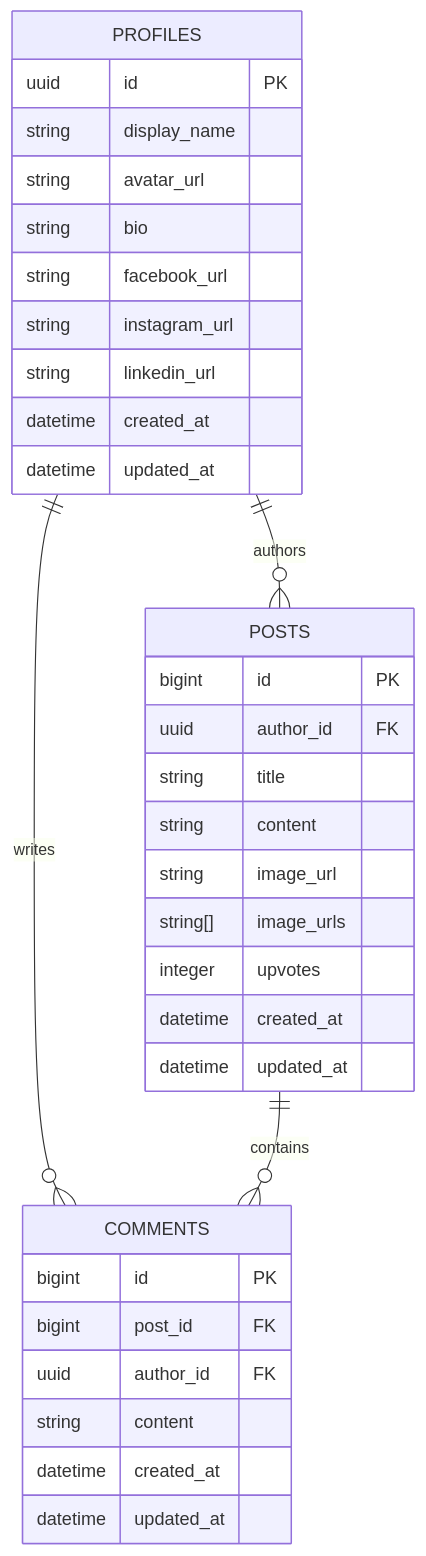
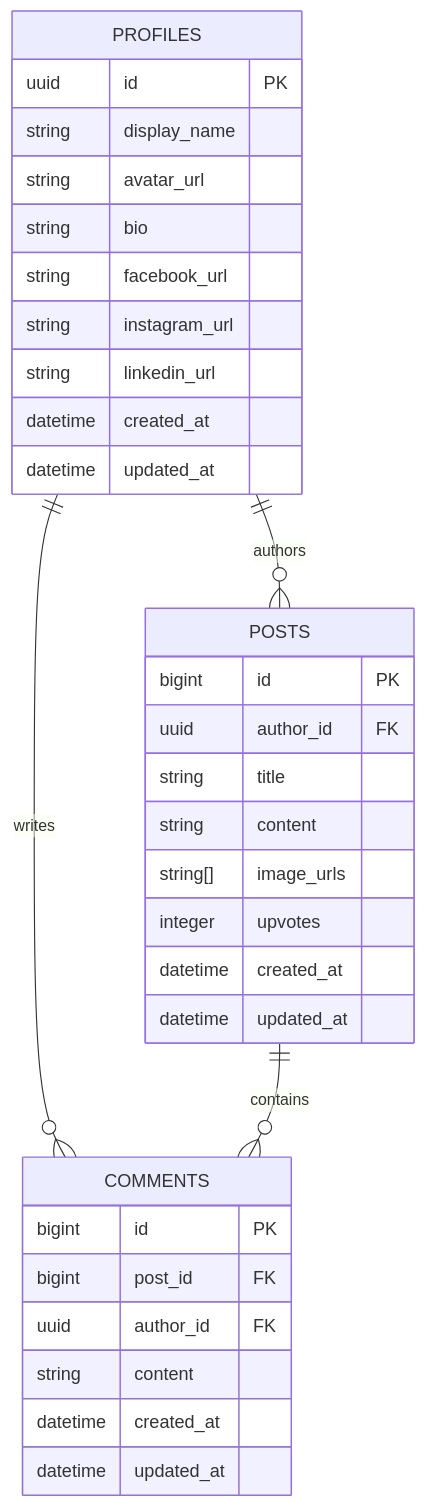
One commit to MinhThien-Pham/Volunteer-Social-Hub changed the diagram in docs/02-data-model-and-erd.md. Above: the diagram before and after it, drawn with Mermaid. The commit also changed other lines of this file and 4 other files, not shown here.

````diff
--- a/docs/02-data-model-and-erd.md
+++ b/docs/02-data-model-and-erd.md
@@ -411,39 +406,38 @@
 ```mermaid
 erDiagram
     PROFILES ||--o{ POSTS : authors
     PROFILES ||--o{ COMMENTS : writes
     POSTS ||--o{ COMMENTS : contains
 
     PROFILES {
         uuid id PK
         string display_name
         string avatar_url
         string bio
         string facebook_url
         string instagram_url
         string linkedin_url
         datetime created_at
         datetime updated_at
     }
 
     POSTS {
         bigint id PK
         uuid author_id FK
         string title
         string content
-        string image_url
         string[] image_urls
         integer upvotes
         datetime created_at
         datetime updated_at
     }
 
     COMMENTS {
         bigint id PK
         bigint post_id FK
         uuid author_id FK
         string content
         datetime created_at
         datetime updated_at
     }
 ```
````
